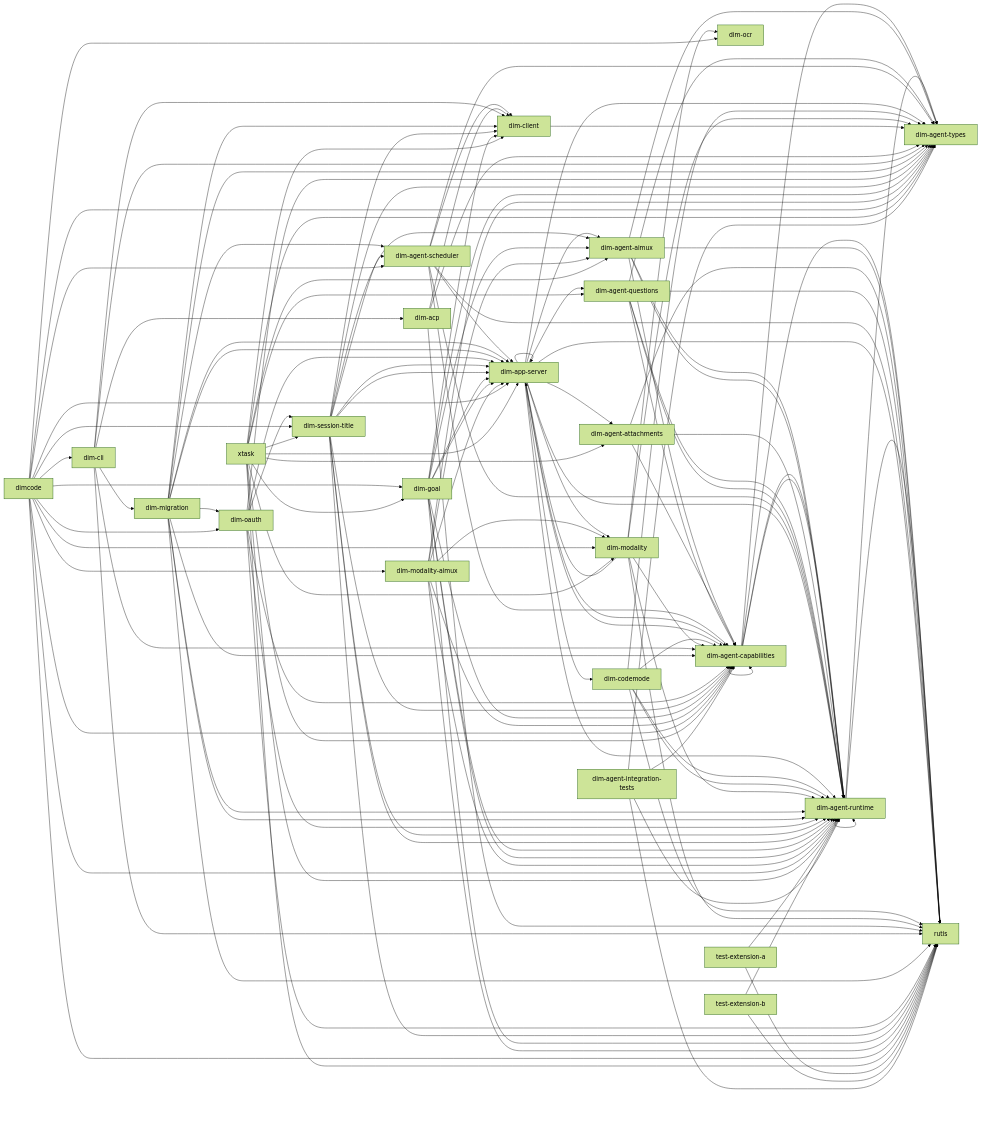
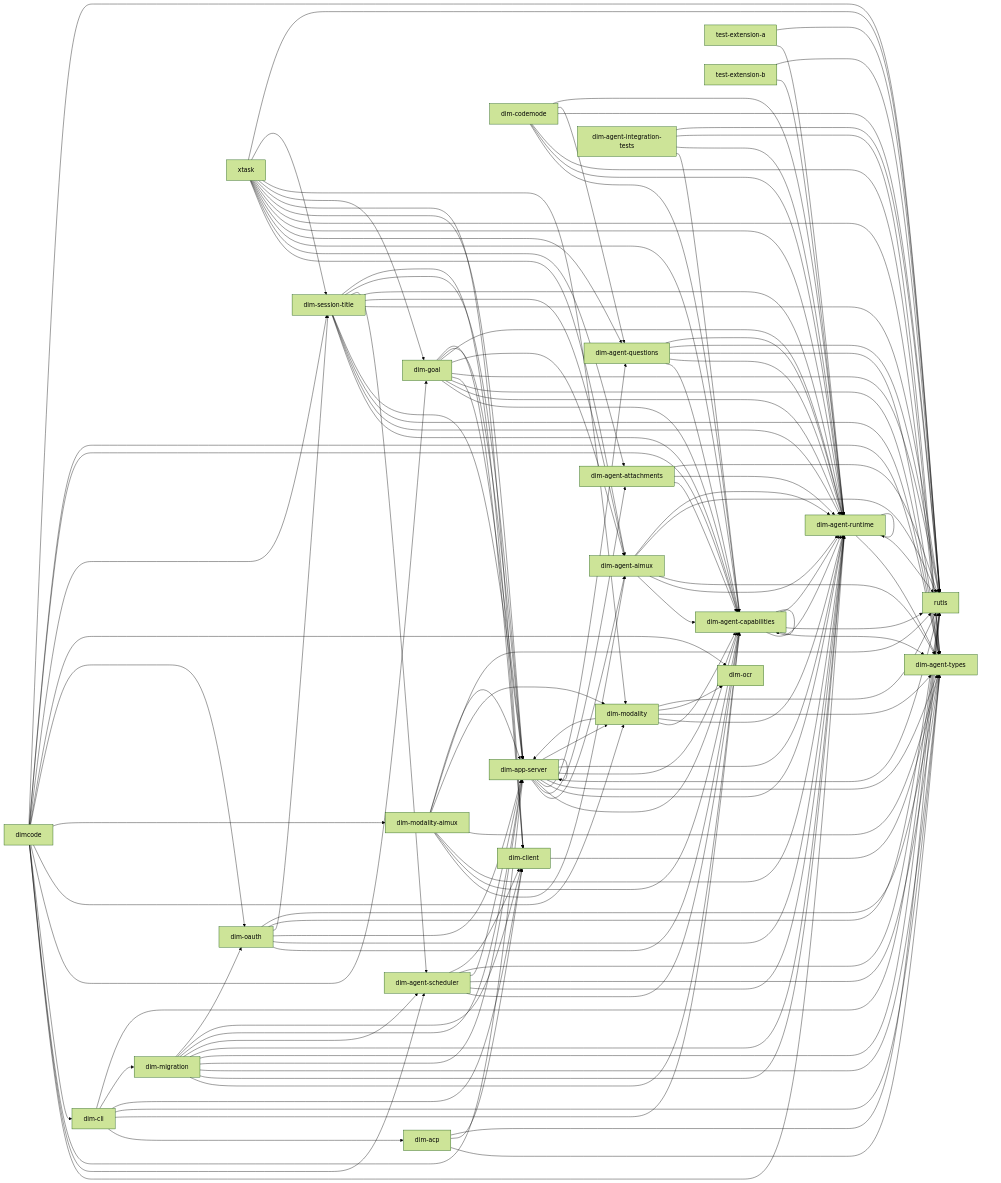
Before and after one commit to CoutinhoTTS/dim-agent: the diagram in docs/architecture/rust-agent/generated/crates.mmd, drawn with Mermaid (forest theme). The commit also changed 47 other files, not shown here.

```diff
--- a/docs/architecture/rust-agent/generated/crates.mmd
+++ b/docs/architecture/rust-agent/generated/crates.mmd
@@ -1,137 +1,137 @@
 %% Generated from cargo metadata; do not edit.
 flowchart LR
   dim_agent_runtime["dim-agent-runtime"] --> dim_agent_types["dim-agent-types"]
   dim_agent_runtime["dim-agent-runtime"] --> rutis["rutis"]
   dim_agent_runtime["dim-agent-runtime"] --> dim_agent_runtime["dim-agent-runtime"]
   dim_agent_capabilities["dim-agent-capabilities"] --> dim_agent_runtime["dim-agent-runtime"]
   dim_agent_capabilities["dim-agent-capabilities"] --> dim_agent_types["dim-agent-types"]
   dim_agent_capabilities["dim-agent-capabilities"] --> rutis["rutis"]
   dim_agent_capabilities["dim-agent-capabilities"] --> dim_agent_capabilities["dim-agent-capabilities"]
   dim_agent_capabilities["dim-agent-capabilities"] --> dim_agent_runtime["dim-agent-runtime"]
   dim_agent_aimux["dim-agent-aimux"] --> dim_agent_capabilities["dim-agent-capabilities"]
   dim_agent_aimux["dim-agent-aimux"] --> dim_agent_runtime["dim-agent-runtime"]
   dim_agent_aimux["dim-agent-aimux"] --> dim_agent_types["dim-agent-types"]
   dim_agent_aimux["dim-agent-aimux"] --> rutis["rutis"]
   dim_agent_aimux["dim-agent-aimux"] --> dim_agent_runtime["dim-agent-runtime"]
   dim_agent_attachments["dim-agent-attachments"] --> dim_agent_capabilities["dim-agent-capabilities"]
   dim_agent_attachments["dim-agent-attachments"] --> dim_agent_runtime["dim-agent-runtime"]
   dim_agent_attachments["dim-agent-attachments"] --> rutis["rutis"]
   dim_agent_questions["dim-agent-questions"] --> dim_agent_capabilities["dim-agent-capabilities"]
   dim_agent_questions["dim-agent-questions"] --> dim_agent_runtime["dim-agent-runtime"]
   dim_agent_questions["dim-agent-questions"] --> dim_agent_types["dim-agent-types"]
   dim_agent_questions["dim-agent-questions"] --> rutis["rutis"]
   dim_agent_questions["dim-agent-questions"] --> dim_agent_runtime["dim-agent-runtime"]
   dim_agent_scheduler["dim-agent-scheduler"] --> dim_agent_capabilities["dim-agent-capabilities"]
   dim_agent_scheduler["dim-agent-scheduler"] --> dim_agent_runtime["dim-agent-runtime"]
   dim_agent_scheduler["dim-agent-scheduler"] --> dim_agent_types["dim-agent-types"]
   dim_agent_scheduler["dim-agent-scheduler"] --> dim_app_server["dim-app-server"]
   dim_agent_scheduler["dim-agent-scheduler"] --> rutis["rutis"]
   dim_agent_scheduler["dim-agent-scheduler"] --> dim_client["dim-client"]
   dim_app_server["dim-app-server"] --> dim_agent_aimux["dim-agent-aimux"]
   dim_app_server["dim-app-server"] --> dim_agent_attachments["dim-agent-attachments"]
   dim_app_server["dim-app-server"] --> dim_agent_capabilities["dim-agent-capabilities"]
   dim_app_server["dim-app-server"] --> dim_agent_questions["dim-agent-questions"]
   dim_app_server["dim-app-server"] --> dim_agent_runtime["dim-agent-runtime"]
   dim_app_server["dim-app-server"] --> dim_agent_types["dim-agent-types"]
-  dim_app_server["dim-app-server"] --> dim_codemode["dim-codemode"]
   dim_app_server["dim-app-server"] --> rutis["rutis"]
   dim_app_server["dim-app-server"] --> dim_agent_capabilities["dim-agent-capabilities"]
   dim_app_server["dim-app-server"] --> dim_agent_runtime["dim-agent-runtime"]
   dim_app_server["dim-app-server"] --> dim_app_server["dim-app-server"]
   dim_app_server["dim-app-server"] --> dim_modality["dim-modality"]
-  dim_codemode["dim-codemode"] --> dim_agent_capabilities["dim-agent-capabilities"]
-  dim_codemode["dim-codemode"] --> dim_agent_runtime["dim-agent-runtime"]
-  dim_codemode["dim-codemode"] --> dim_agent_types["dim-agent-types"]
-  dim_codemode["dim-codemode"] --> rutis["rutis"]
-  dim_codemode["dim-codemode"] --> dim_agent_runtime["dim-agent-runtime"]
   dim_modality["dim-modality"] --> dim_agent_capabilities["dim-agent-capabilities"]
   dim_modality["dim-modality"] --> dim_agent_runtime["dim-agent-runtime"]
   dim_modality["dim-modality"] --> dim_agent_types["dim-agent-types"]
   dim_modality["dim-modality"] --> dim_app_server["dim-app-server"]
   dim_modality["dim-modality"] --> dim_ocr["dim-ocr"]
   dim_modality["dim-modality"] --> rutis["rutis"]
   dim_client["dim-client"] --> dim_agent_types["dim-agent-types"]
   dim_acp["dim-acp"] --> dim_agent_types["dim-agent-types"]
   dim_acp["dim-acp"] --> dim_client["dim-client"]
   dim_acp["dim-acp"] --> rutis["rutis"]
   dim_cli["dim-cli"] --> dim_acp["dim-acp"]
   dim_cli["dim-cli"] --> dim_agent_capabilities["dim-agent-capabilities"]
   dim_cli["dim-cli"] --> dim_agent_types["dim-agent-types"]
   dim_cli["dim-cli"] --> dim_client["dim-client"]
   dim_cli["dim-cli"] --> dim_migration["dim-migration"]
   dim_cli["dim-cli"] --> rutis["rutis"]
   dim_migration["dim-migration"] --> dim_agent_capabilities["dim-agent-capabilities"]
   dim_migration["dim-migration"] --> dim_agent_runtime["dim-agent-runtime"]
   dim_migration["dim-migration"] --> dim_agent_types["dim-agent-types"]
   dim_migration["dim-migration"] --> dim_app_server["dim-app-server"]
   dim_migration["dim-migration"] --> rutis["rutis"]
   dim_migration["dim-migration"] --> dim_agent_runtime["dim-agent-runtime"]
   dim_migration["dim-migration"] --> dim_agent_scheduler["dim-agent-scheduler"]
   dim_migration["dim-migration"] --> dim_app_server["dim-app-server"]
   dim_migration["dim-migration"] --> dim_client["dim-client"]
   dim_migration["dim-migration"] --> dim_oauth["dim-oauth"]
   dim_oauth["dim-oauth"] --> dim_agent_capabilities["dim-agent-capabilities"]
   dim_oauth["dim-oauth"] --> dim_agent_runtime["dim-agent-runtime"]
   dim_oauth["dim-oauth"] --> dim_app_server["dim-app-server"]
   dim_oauth["dim-oauth"] --> dim_session_title["dim-session-title"]
   dim_oauth["dim-oauth"] --> rutis["rutis"]
   dim_oauth["dim-oauth"] --> dim_agent_types["dim-agent-types"]
   dim_session_title["dim-session-title"] --> dim_agent_capabilities["dim-agent-capabilities"]
   dim_session_title["dim-session-title"] --> dim_agent_runtime["dim-agent-runtime"]
   dim_session_title["dim-session-title"] --> dim_agent_types["dim-agent-types"]
   dim_session_title["dim-session-title"] --> dim_app_server["dim-app-server"]
   dim_session_title["dim-session-title"] --> rutis["rutis"]
   dim_session_title["dim-session-title"] --> dim_agent_aimux["dim-agent-aimux"]
   dim_session_title["dim-session-title"] --> dim_agent_runtime["dim-agent-runtime"]
   dim_session_title["dim-session-title"] --> dim_agent_scheduler["dim-agent-scheduler"]
   dim_session_title["dim-session-title"] --> dim_app_server["dim-app-server"]
   dim_session_title["dim-session-title"] --> dim_client["dim-client"]
   dim_goal["dim-goal"] --> dim_agent_capabilities["dim-agent-capabilities"]
   dim_goal["dim-goal"] --> dim_agent_runtime["dim-agent-runtime"]
   dim_goal["dim-goal"] --> dim_agent_types["dim-agent-types"]
   dim_goal["dim-goal"] --> dim_app_server["dim-app-server"]
   dim_goal["dim-goal"] --> rutis["rutis"]
   dim_goal["dim-goal"] --> dim_agent_aimux["dim-agent-aimux"]
   dim_goal["dim-goal"] --> dim_agent_runtime["dim-agent-runtime"]
   dim_goal["dim-goal"] --> dim_app_server["dim-app-server"]
   dim_goal["dim-goal"] --> dim_client["dim-client"]
+  dim_codemode["dim-codemode"] --> dim_agent_capabilities["dim-agent-capabilities"]
+  dim_codemode["dim-codemode"] --> dim_agent_runtime["dim-agent-runtime"]
+  dim_codemode["dim-codemode"] --> dim_agent_types["dim-agent-types"]
+  dim_codemode["dim-codemode"] --> rutis["rutis"]
+  dim_codemode["dim-codemode"] --> dim_agent_questions["dim-agent-questions"]
+  dim_codemode["dim-codemode"] --> dim_agent_runtime["dim-agent-runtime"]
   dim_modality_aimux["dim-modality-aimux"] --> dim_agent_aimux["dim-agent-aimux"]
   dim_modality_aimux["dim-modality-aimux"] --> dim_agent_capabilities["dim-agent-capabilities"]
   dim_modality_aimux["dim-modality-aimux"] --> dim_agent_runtime["dim-agent-runtime"]
   dim_modality_aimux["dim-modality-aimux"] --> dim_agent_types["dim-agent-types"]
   dim_modality_aimux["dim-modality-aimux"] --> dim_modality["dim-modality"]
   dim_modality_aimux["dim-modality-aimux"] --> rutis["rutis"]
   dim_modality_aimux["dim-modality-aimux"] --> dim_app_server["dim-app-server"]
   dimcode["dimcode"] --> dim_agent_runtime["dim-agent-runtime"]
   dimcode["dimcode"] --> dim_agent_scheduler["dim-agent-scheduler"]
   dimcode["dimcode"] --> dim_app_server["dim-app-server"]
   dimcode["dimcode"] --> dim_cli["dim-cli"]
   dimcode["dimcode"] --> dim_goal["dim-goal"]
   dimcode["dimcode"] --> dim_modality["dim-modality"]
   dimcode["dimcode"] --> dim_modality_aimux["dim-modality-aimux"]
   dimcode["dimcode"] --> dim_oauth["dim-oauth"]
   dimcode["dimcode"] --> dim_ocr["dim-ocr"]
   dimcode["dimcode"] --> dim_session_title["dim-session-title"]
   dimcode["dimcode"] --> dim_agent_capabilities["dim-agent-capabilities"]
   dimcode["dimcode"] --> dim_agent_types["dim-agent-types"]
   dimcode["dimcode"] --> rutis["rutis"]
   xtask["xtask"] --> dim_agent_aimux["dim-agent-aimux"]
   xtask["xtask"] --> dim_agent_attachments["dim-agent-attachments"]
   xtask["xtask"] --> dim_agent_capabilities["dim-agent-capabilities"]
   xtask["xtask"] --> dim_agent_questions["dim-agent-questions"]
   xtask["xtask"] --> dim_agent_runtime["dim-agent-runtime"]
   xtask["xtask"] --> dim_agent_types["dim-agent-types"]
   xtask["xtask"] --> dim_app_server["dim-app-server"]
   xtask["xtask"] --> dim_client["dim-client"]
   xtask["xtask"] --> dim_goal["dim-goal"]
   xtask["xtask"] --> dim_modality["dim-modality"]
   xtask["xtask"] --> dim_session_title["dim-session-title"]
   xtask["xtask"] --> rutis["rutis"]
   test_extension_a["test-extension-a"] --> dim_agent_runtime["dim-agent-runtime"]
   test_extension_a["test-extension-a"] --> rutis["rutis"]
   test_extension_b["test-extension-b"] --> dim_agent_runtime["dim-agent-runtime"]
   test_extension_b["test-extension-b"] --> rutis["rutis"]
   dim_agent_integration_tests["dim-agent-integration-tests"] --> dim_agent_capabilities["dim-agent-capabilities"]
   dim_agent_integration_tests["dim-agent-integration-tests"] --> dim_agent_runtime["dim-agent-runtime"]
   dim_agent_integration_tests["dim-agent-integration-tests"] --> dim_agent_types["dim-agent-types"]
   dim_agent_integration_tests["dim-agent-integration-tests"] --> rutis["rutis"]
```
